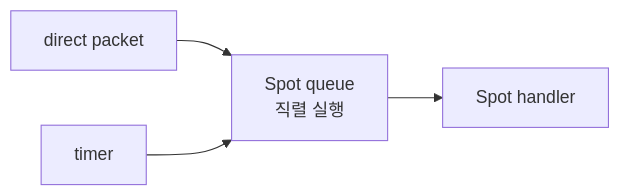
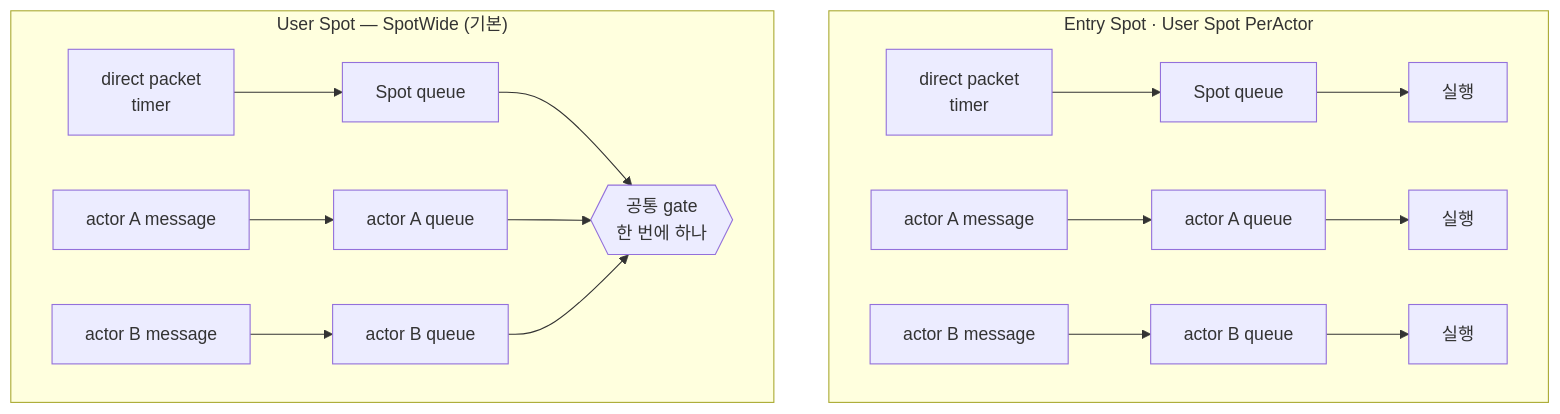
Before and after one commit to kairos-code-dev/zlink: the fifth of 10 diagrams in framework/doc/framework/dotnet/guide/03-concepts.ko.md, drawn with Mermaid. The commit also changed other lines of this file, not shown here.

````diff
--- a/framework/doc/framework/dotnet/guide/03-concepts.ko.md
+++ b/framework/doc/framework/dotnet/guide/03-concepts.ko.md
@@ -211,7 +272,20 @@
 ```mermaid
 %%{init: {'themeVariables': {'edgeLabelBackground':'transparent'}}}%%
-graph LR
-    M1["direct packet"] --> Q["Spot queue<br/>직렬 실행"]
-    M2["timer"] --> Q
-    Q --> ST["Spot handler"]
+flowchart LR
+  subgraph SW["User Spot — SpotWide (기본)"]
+    direction LR
+    P1["direct packet<br/>timer"] --> SQ1["Spot queue"]
+    A1["actor A message"] --> AQ1["actor A queue"]
+    B1["actor B message"] --> BQ1["actor B queue"]
+    SQ1 --> G1{{"공통 gate<br/>한 번에 하나"}}
+    AQ1 --> G1
+    BQ1 --> G1
+  end
+  subgraph PA["Entry Spot · User Spot PerActor"]
+    direction LR
+    P2["direct packet<br/>timer"] --> SQ2["Spot queue"] --> R2["실행"]
+    A2["actor A message"] --> AQ2["actor A queue"] --> R2A["실행"]
+    B2["actor B message"] --> BQ2["actor B queue"] --> R2B["실행"]
+  end
+  SW ~~~ PA
 ```
````
